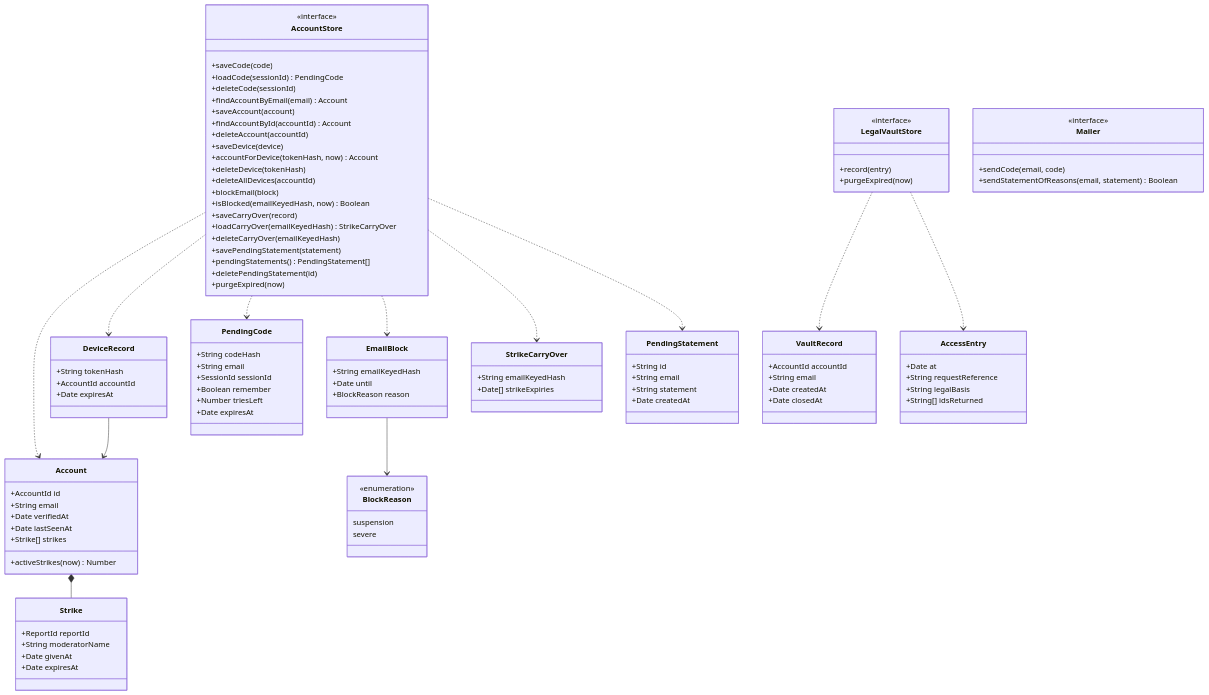
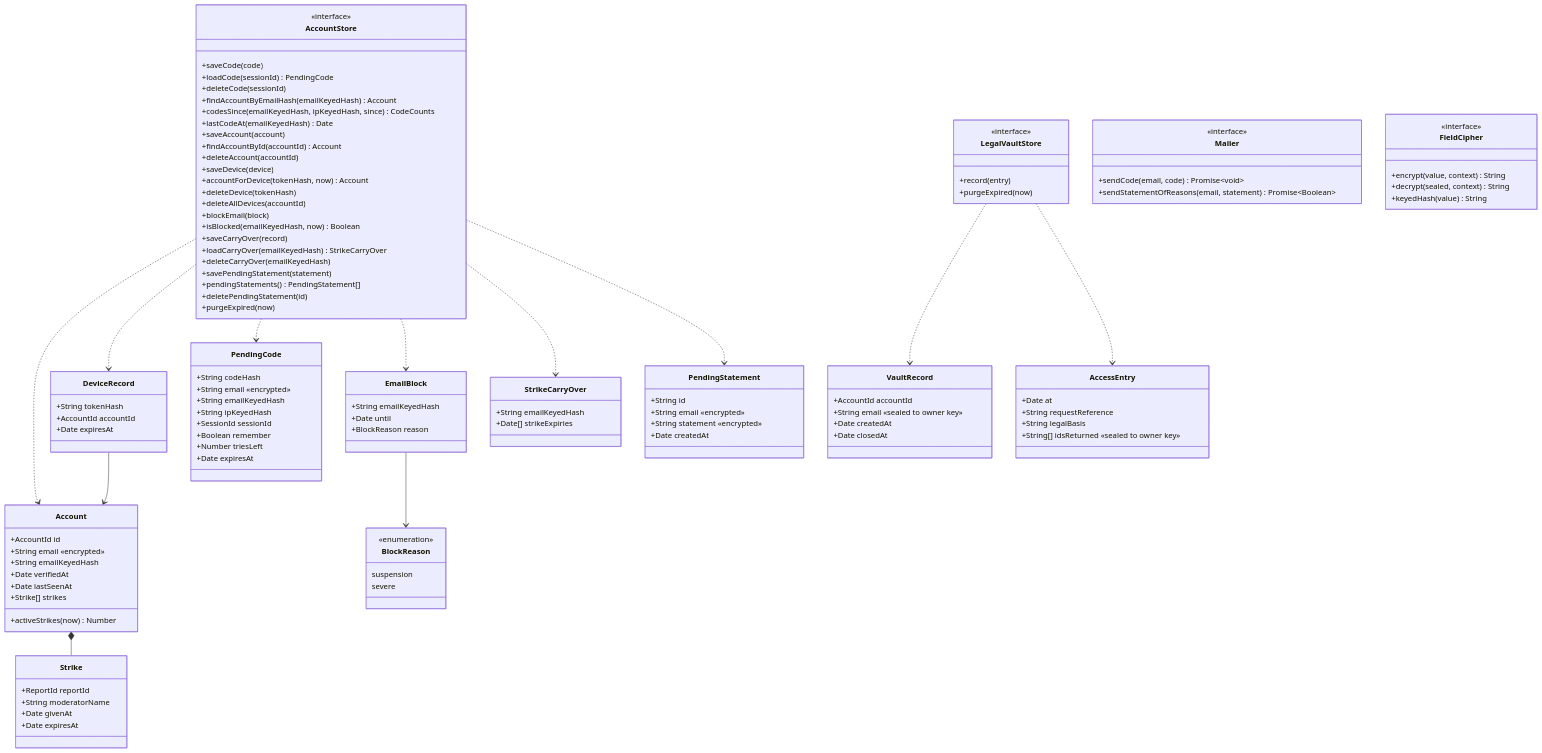
Before and after one commit to benoit-bremaud/asv: the diagram in docs/architecture/diagrams/accounts/04-class.md, drawn with Mermaid. The commit also changed other lines of this file and 18 other files, not shown here.

```diff
--- a/docs/architecture/diagrams/accounts/04-class.md
+++ b/docs/architecture/diagrams/accounts/04-class.md
@@ -15,7 +15,8 @@
 classDiagram
   class Account {
     +AccountId id
-    +String email
+    +String email «encrypted»
+    +String emailKeyedHash
     +Date verifiedAt
     +Date lastSeenAt
     +Strike[] strikes
@@ -34,7 +35,9 @@
   }
   class PendingCode {
     +String codeHash
-    +String email
+    +String email «encrypted»
+    +String emailKeyedHash
+    +String ipKeyedHash
     +SessionId sessionId
     +Boolean remember
     +Number triesLeft
@@ -56,8 +59,8 @@
   }
   class PendingStatement {
     +String id
-    +String email
-    +String statement
+    +String email «encrypted»
+    +String statement «encrypted»
     +Date createdAt
   }
   class AccountStore {
@@ -65,7 +68,9 @@
     +saveCode(code)
     +loadCode(sessionId) PendingCode
     +deleteCode(sessionId)
-    +findAccountByEmail(email) Account
+    +findAccountByEmailHash(emailKeyedHash) Account
+    +codesSince(emailKeyedHash, ipKeyedHash, since) CodeCounts
+    +lastCodeAt(emailKeyedHash) Date
     +saveAccount(account)
     +findAccountById(accountId) Account
     +deleteAccount(accountId)
@@ -85,7 +90,7 @@
   }
   class VaultRecord {
     +AccountId accountId
-    +String email
+    +String email «sealed to owner key»
     +Date createdAt
     +Date closedAt
   }
@@ -93,7 +98,7 @@
     +Date at
     +String requestReference
     +String legalBasis
-    +String[] idsReturned
+    +String[] idsReturned «sealed to owner key»
   }
   class LegalVaultStore {
     <<interface>>
@@ -102,8 +107,14 @@
   }
   class Mailer {
     <<interface>>
-    +sendCode(email, code)
-    +sendStatementOfReasons(email, statement) Boolean
+    +sendCode(email, code) Promise~void~
+    +sendStatementOfReasons(email, statement) Promise~Boolean~
+  }
+  class FieldCipher {
+    <<interface>>
+    +encrypt(value, context) String
+    +decrypt(sealed, context) String
+    +keyedHash(value) String
   }
   Account *-- Strike
   DeviceRecord --> Account
```
